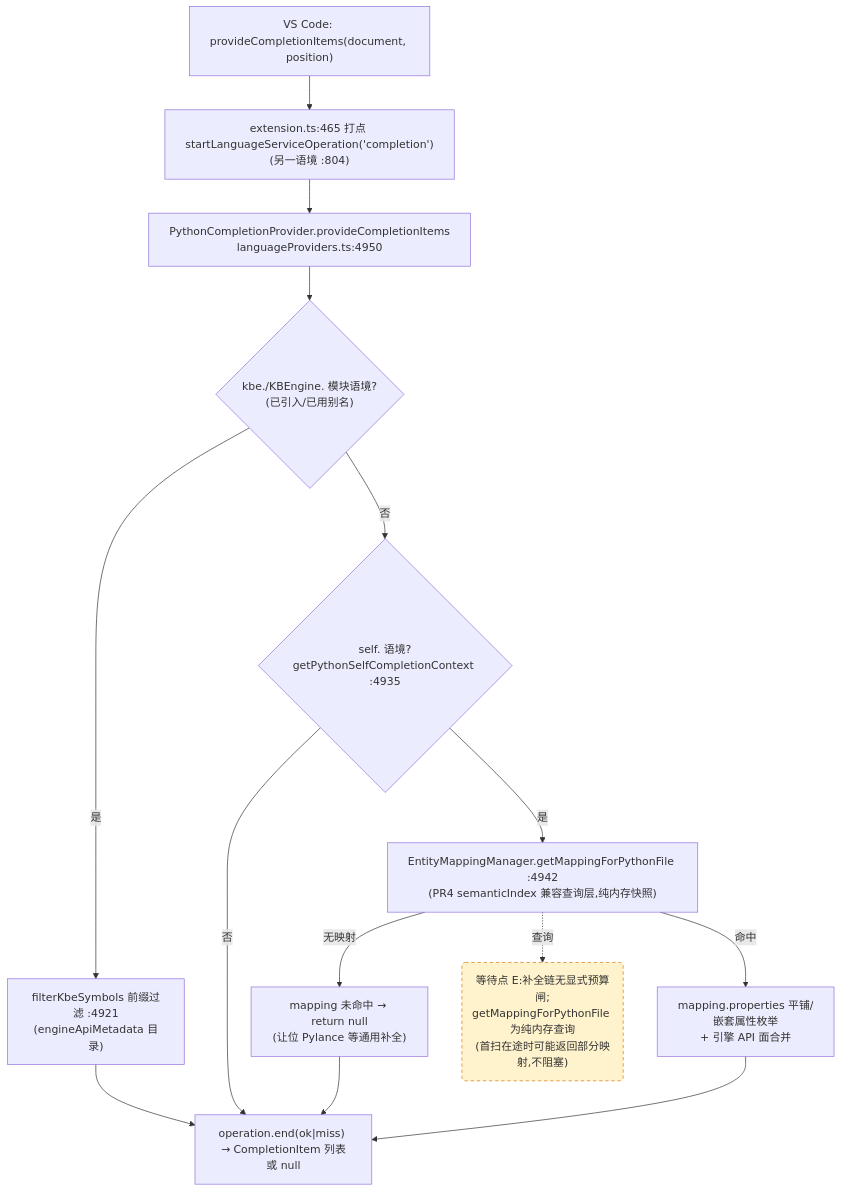
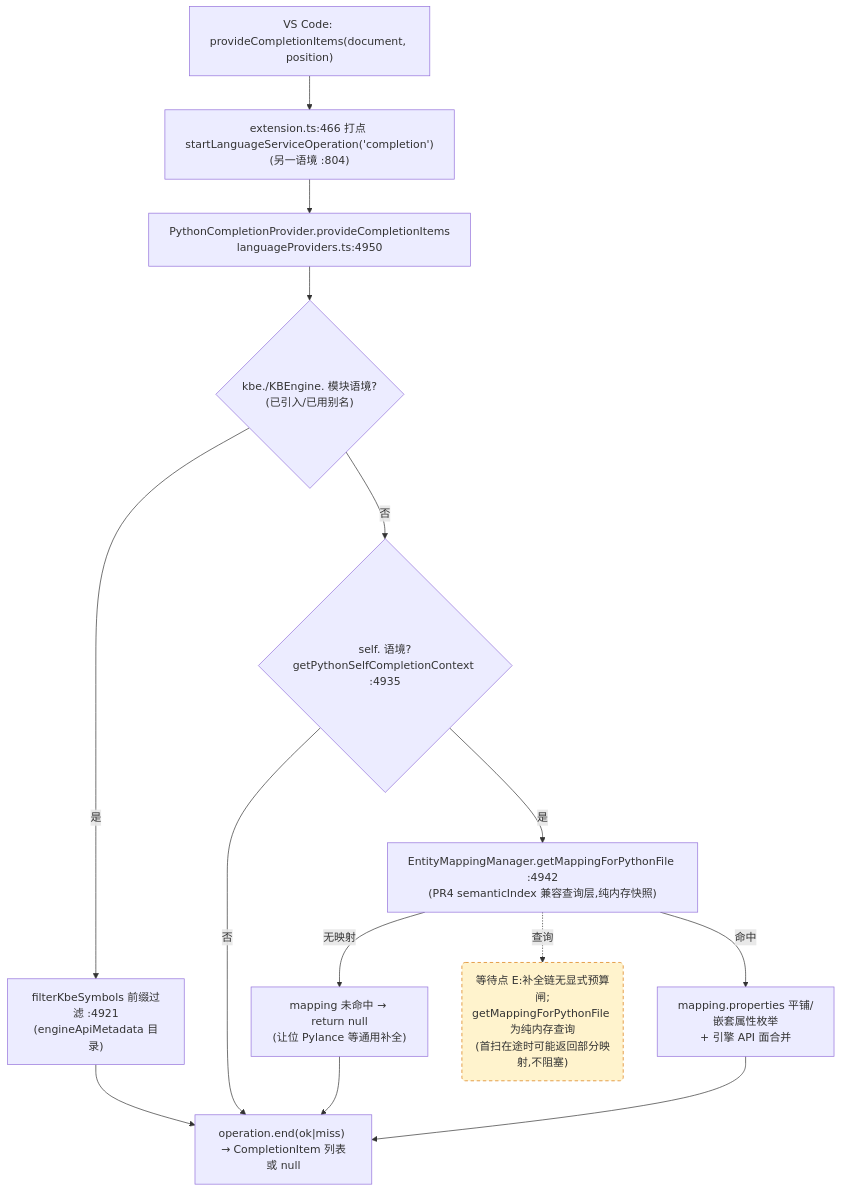
Before and after one commit to cuihairu/kode: the third of 4 diagrams in docs/perf/2026-baseline.md, drawn with Mermaid. The commit also changed other lines of this file and 5 other files, not shown here.

````diff
--- a/docs/perf/2026-baseline.md
+++ b/docs/perf/2026-baseline.md
@@ -184,27 +184,27 @@
 ```mermaid
 flowchart TD
   VC3["VS Code: provideCompletionItems(document, position)"]
-  M3["extension.ts:465 打点 startLanguageServiceOperation('completion')<br/>(另一语境 :804)"]
+  M3["extension.ts:466 打点 startLanguageServiceOperation('completion')<br/>(另一语境 :804)"]
   CP["PythonCompletionProvider.provideCompletionItems<br/>languageProviders.ts:4950"]
   KBEC{"kbe./KBEngine. 模块语境?<br/>(已引入/已用别名)"}
   FILTER["filterKbeSymbols 前缀过滤 :4921<br/>(engineApiMetadata 目录)"]
   SELFC{"self. 语境?<br/>getPythonSelfCompletionContext :4935"}
   MAP["EntityMappingManager.getMappingForPythonFile :4942<br/>(PR4 semanticIndex 兼容查询层,纯内存快照)"]
   NOMAP["mapping 未命中 → return null<br/>(让位 Pylance 等通用补全)"]
   PROPS["mapping.properties 平铺/嵌套属性枚举<br/>+ 引擎 API 面合并"]
   END3["operation.end(ok|miss) → CompletionItem 列表或 null"]
 
   VC3 --> M3 --> CP --> KBEC
   KBEC -- "是" --> FILTER --> END3
   KBEC -- "否" --> SELFC
   SELFC -- "否" --> END3
   SELFC -- "是" --> MAP
   MAP -- "无映射" --> NOMAP --> END3
   MAP -- "命中" --> PROPS --> END3
 
   WAITE("等待点 E:补全链无显式预算闸;<br/>getMappingForPythonFile 为纯内存查询<br/>(首扫在途时可能返回部分映射,不阻塞)")
   MAP -.->|查询| WAITE
 
   classDef waitPoint fill:#fff3cd,stroke:#d97706,stroke-dasharray:5 4;
   class WAITE waitPoint;
 ```
````
